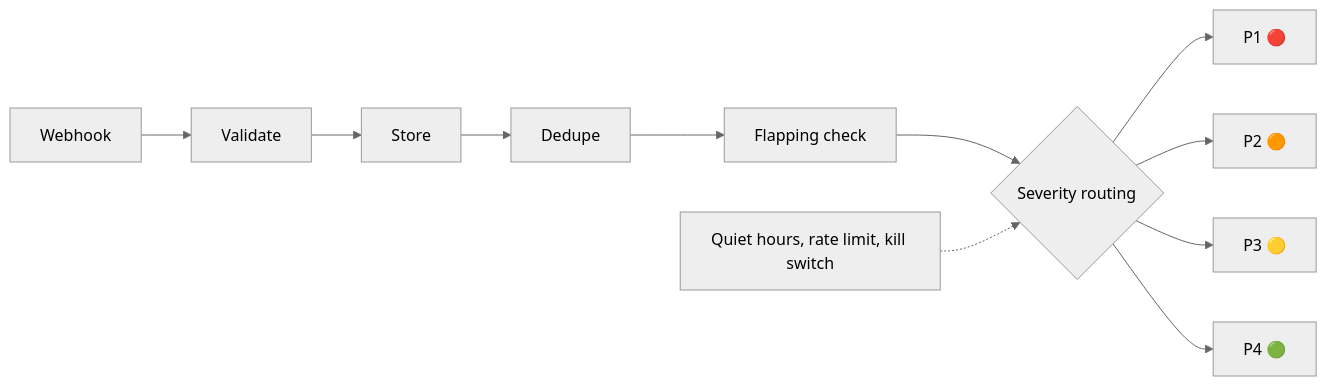
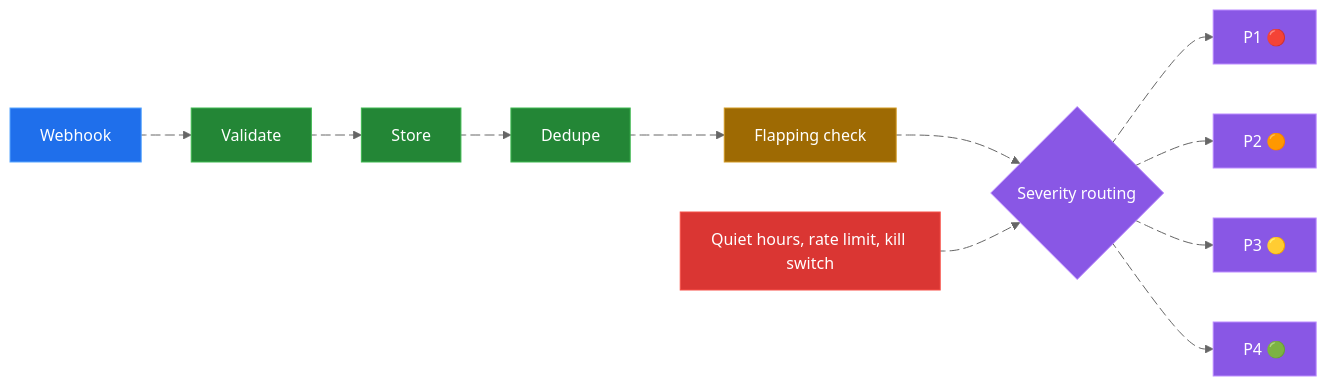
One commit to Parkavi111/Parkavi111 changed the first of 2 diagrams in README.md. Above: the diagram before and after it, drawn with Mermaid (neutral theme). The commit also changed other lines of this file, not shown here.

````diff
--- a/README.md
+++ b/README.md
@@ -38,9 +37,31 @@
 ```mermaid
 flowchart LR
-  A[Webhook] --> B[Validate] --> C[Store] --> D[Dedupe] --> E[Flapping check] --> F{Severity routing}
-  F --> P1[P1 🔴]
-  F --> P2[P2 🟠]
-  F --> P3[P3 🟡]
-  F --> P4[P4 🟢]
-  G[Quiet hours, rate limit, kill switch] -.-> F
+  A[Webhook] e1@--> B[Validate] e2@--> C[Store] e3@--> D[Dedupe] e4@--> E[Flapping check] e5@--> F{Severity routing}
+  F e6@--> P1[P1 🔴]
+  F e7@--> P2[P2 🟠]
+  F e8@--> P3[P3 🟡]
+  F e9@--> P4[P4 🟢]
+  G[Quiet hours, rate limit, kill switch] e10@-.-> F
+
+  e1@{ animate: true }
+  e2@{ animate: true }
+  e3@{ animate: true }
+  e4@{ animate: true }
+  e5@{ animate: true }
+  e6@{ animate: true }
+  e7@{ animate: true }
+  e8@{ animate: true }
+  e9@{ animate: true }
+  e10@{ animate: true }
+
+  classDef input fill:#1f6feb,stroke:#58a6ff,color:#ffffff
+  classDef step fill:#238636,stroke:#3fb950,color:#ffffff
+  classDef check fill:#9e6a03,stroke:#d29922,color:#ffffff
+  classDef route fill:#8957e5,stroke:#bc8cff,color:#ffffff
+  classDef guard fill:#da3633,stroke:#f85149,color:#ffffff
+  class A input
+  class B,C,D step
+  class E check
+  class F,P1,P2,P3,P4 route
+  class G guard
 ```
````
